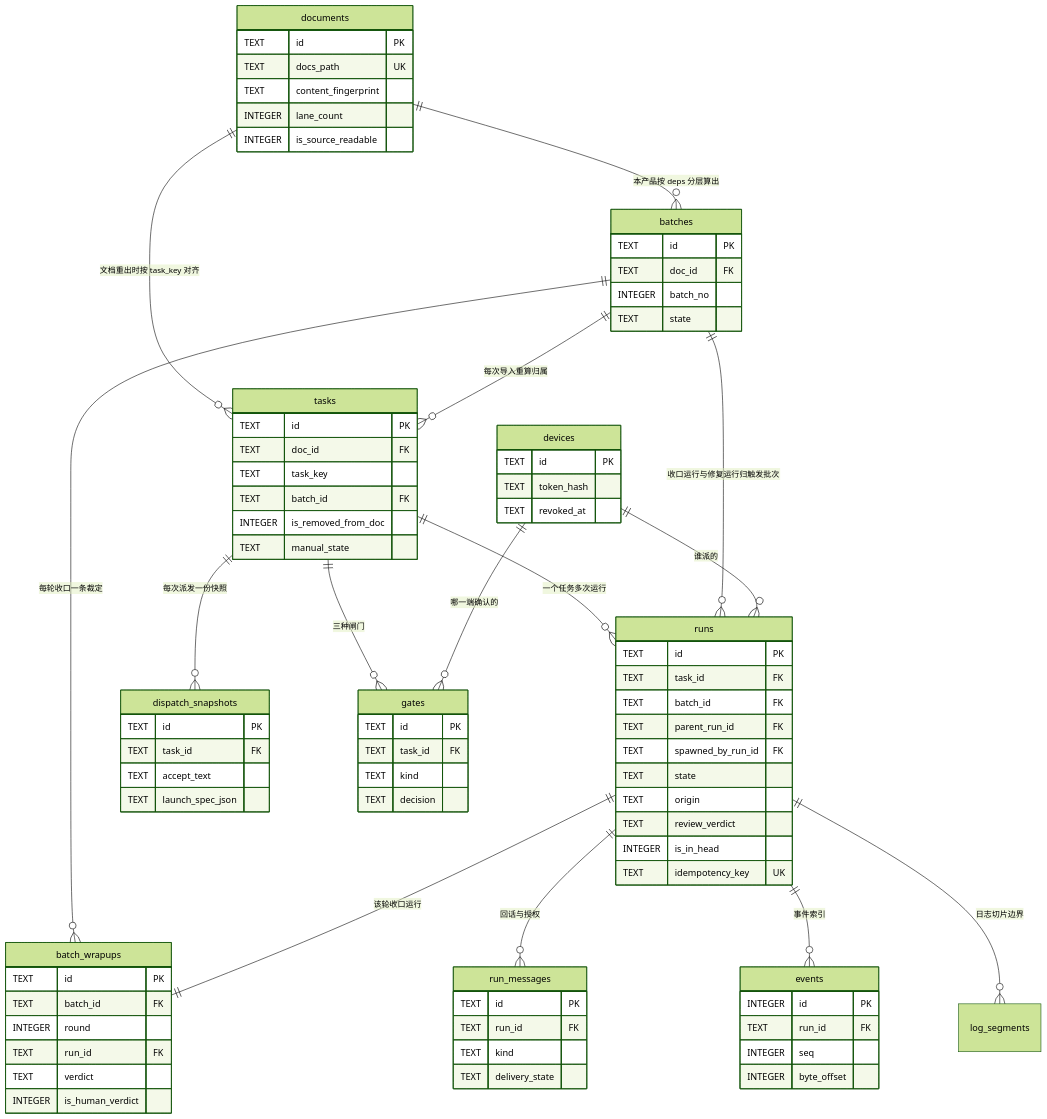
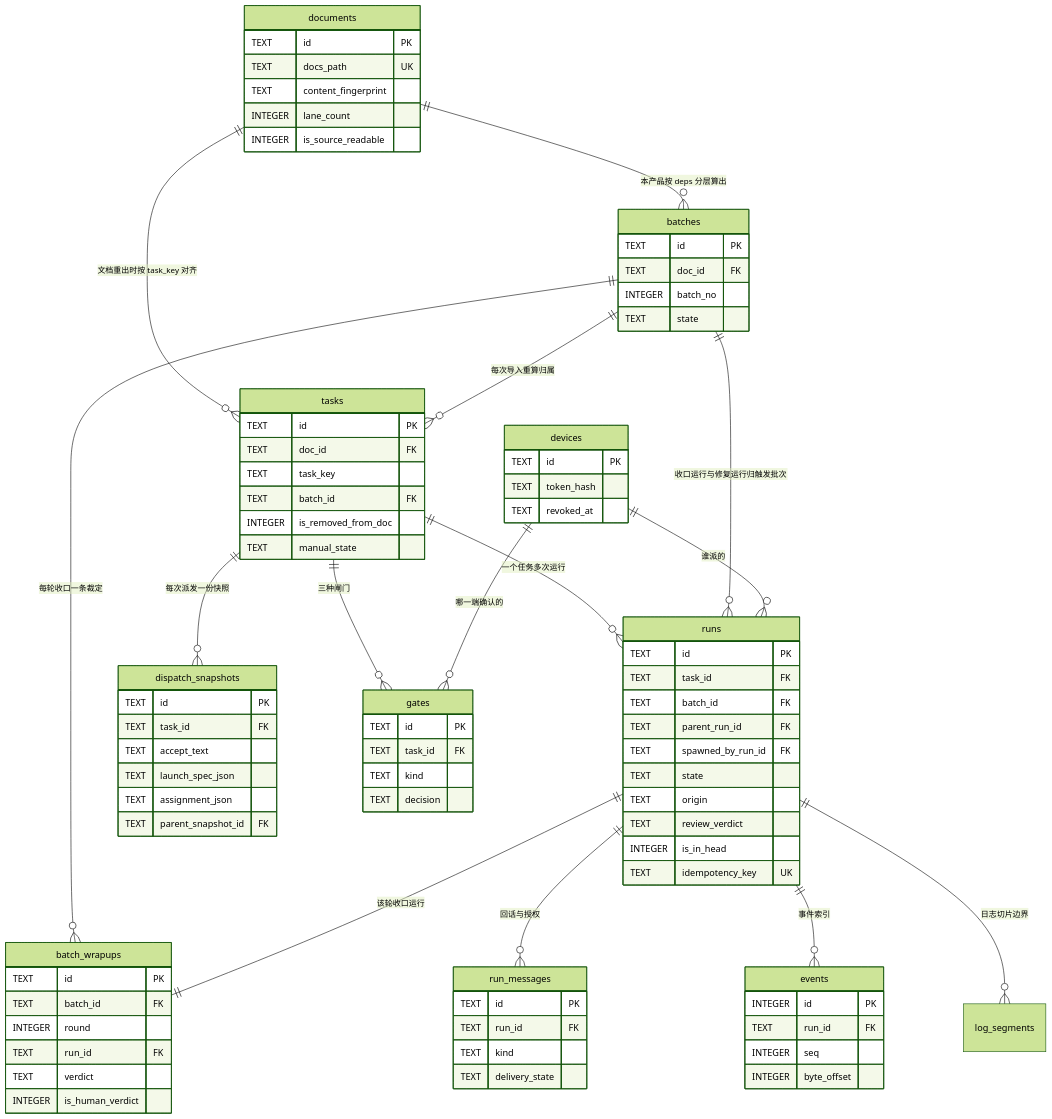
The first of 3 diagrams in docs/Agent任务调度器-开发文档/02-设计/09-数据模型.md (dawanglaohu/renwudiaoduqi), drawn with Mermaid (forest theme) before and after one commit. The commit also changed other lines of this file and 150 other files, not shown here.

```diff
--- a/docs/Agent任务调度器-开发文档/02-设计/09-数据模型.md
+++ b/docs/Agent任务调度器-开发文档/02-设计/09-数据模型.md
@@ -384,6 +396,8 @@
         TEXT task_id FK
         TEXT accept_text
         TEXT launch_spec_json
+        TEXT assignment_json
+        TEXT parent_snapshot_id FK
     }
     gates {
         TEXT id PK
```
